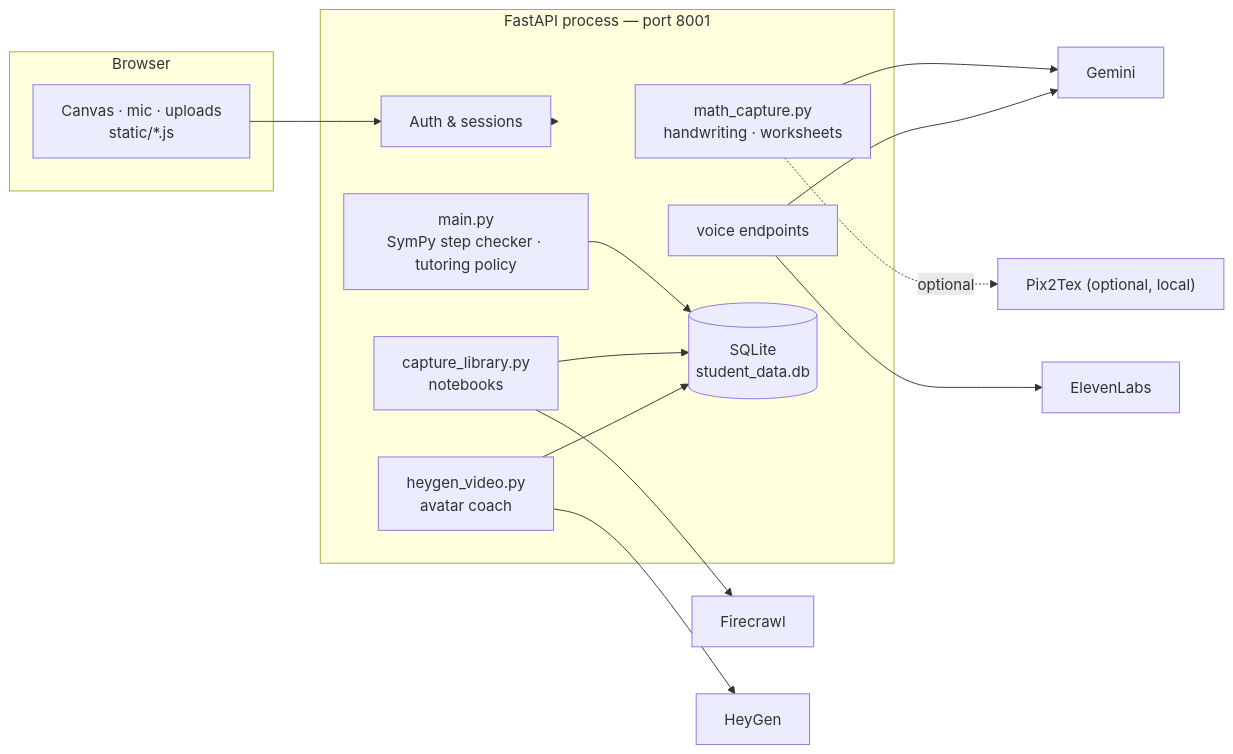
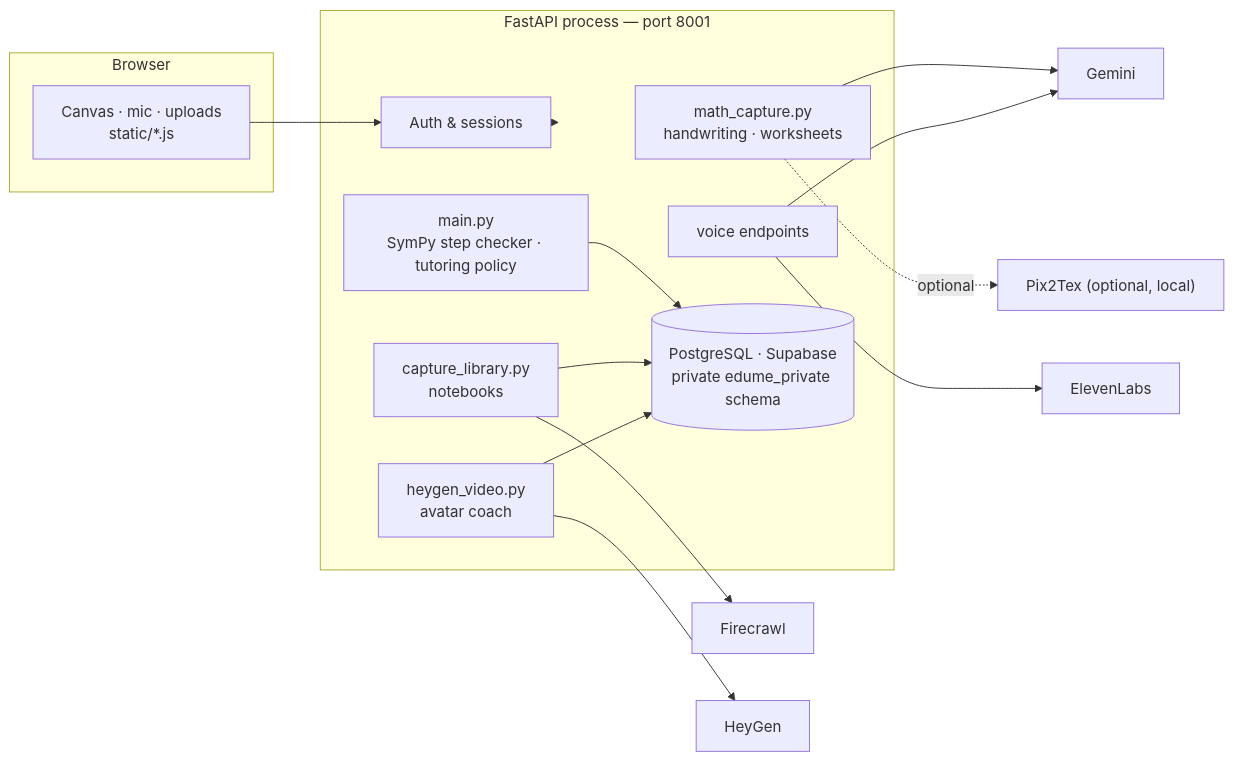
One commit to shiinalight/EduMe changed the diagram in README.md. Above: the diagram before and after it, drawn with Mermaid. The commit also changed other lines of this file and 16 other files, not shown here.

Commit message:
Migrate database to PostgreSQL for Supabase

````diff
--- a/README.md
+++ b/README.md
@@ -50,33 +50,33 @@
 ```mermaid
 flowchart LR
     subgraph Browser
         UI["Canvas · mic · uploads<br/>static/*.js"]
     end
 
     subgraph FastAPI["FastAPI process — port 8001"]
         Auth["Auth & sessions"]
         Capture["math_capture.py<br/>handwriting · worksheets"]
         Voice["voice endpoints"]
         Library["capture_library.py<br/>notebooks"]
         Tutor["main.py<br/>SymPy step checker · tutoring policy"]
         Video["heygen_video.py<br/>avatar coach"]
-        DB[("SQLite<br/>student_data.db")]
+        DB[("PostgreSQL · Supabase<br/>private edume_private schema")]
     end
 
     Gemini["Gemini"]
     ElevenLabs["ElevenLabs"]
     Firecrawl["Firecrawl"]
     HeyGen["HeyGen"]
     Pix2Tex["Pix2Tex (optional, local)"]
 
     UI --> Auth --> FastAPI
     Capture --> Gemini
     Capture -.optional.-> Pix2Tex
     Voice --> ElevenLabs
     Voice --> Gemini
     Library --> Firecrawl
     Video --> HeyGen
     Tutor --> DB
     Library --> DB
     Video --> DB
 ```
````
